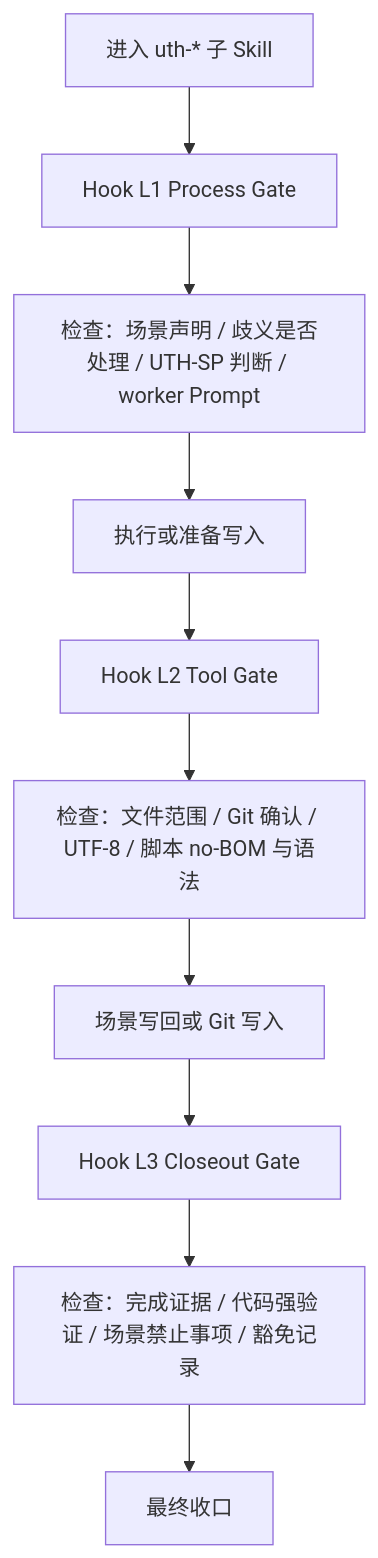
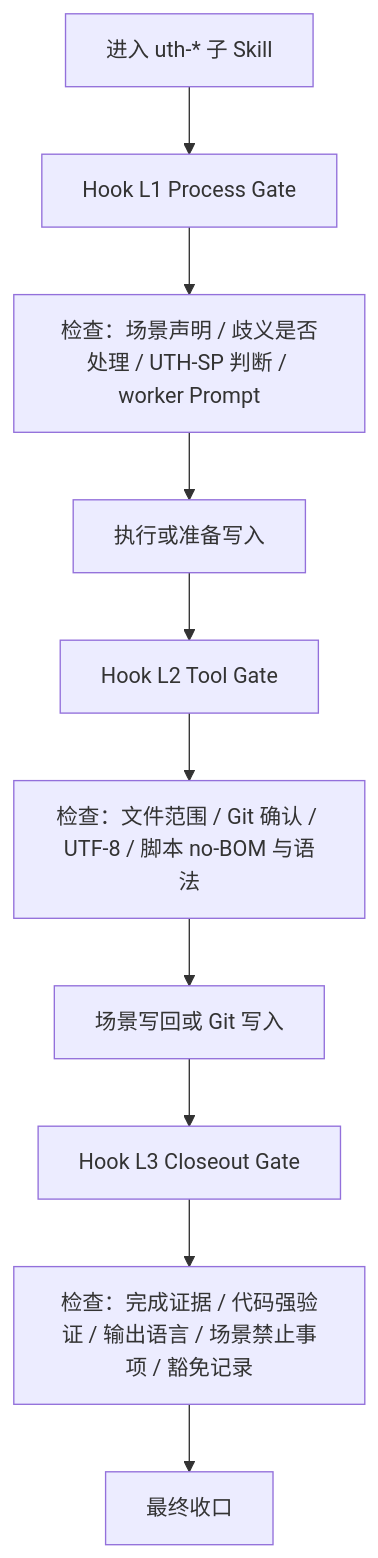
Diagram 13 of 13 in docs/FLOW_全链路流程图.md (undertaker33/uth-governance), drawn with Mermaid before and after one commit. The commit also changed other lines of this file and 31 other files, not shown here.

````diff
--- a/docs/FLOW_全链路流程图.md
+++ b/docs/FLOW_全链路流程图.md
@@ -362,12 +362,12 @@
 ```mermaid
 flowchart TD
     A["进入 uth-* 子 Skill"] --> B["Hook L1 Process Gate"]
     B --> B1["检查：场景声明 / 歧义是否处理 / UTH-SP 判断 / worker Prompt"]
     B1 --> C["执行或准备写入"]
     C --> D["Hook L2 Tool Gate"]
     D --> D1["检查：文件范围 / Git 确认 / UTF-8 / 脚本 no-BOM 与语法"]
     D1 --> E["场景写回或 Git 写入"]
     E --> F["Hook L3 Closeout Gate"]
-    F --> F1["检查：完成证据 / 代码强验证 / 场景禁止事项 / 豁免记录"]
+    F --> F1["检查：完成证据 / 代码强验证 / 输出语言 / 场景禁止事项 / 豁免记录"]
     F1 --> G["最终收口"]
 ```
````
